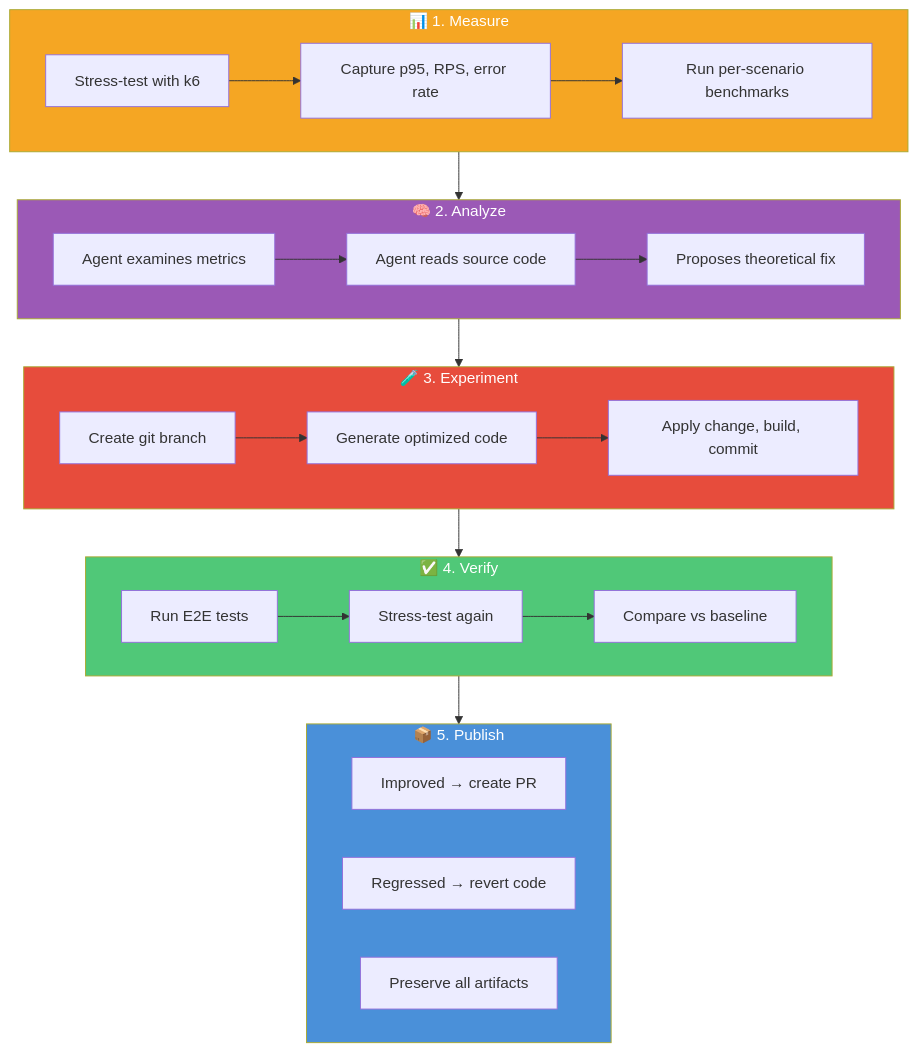
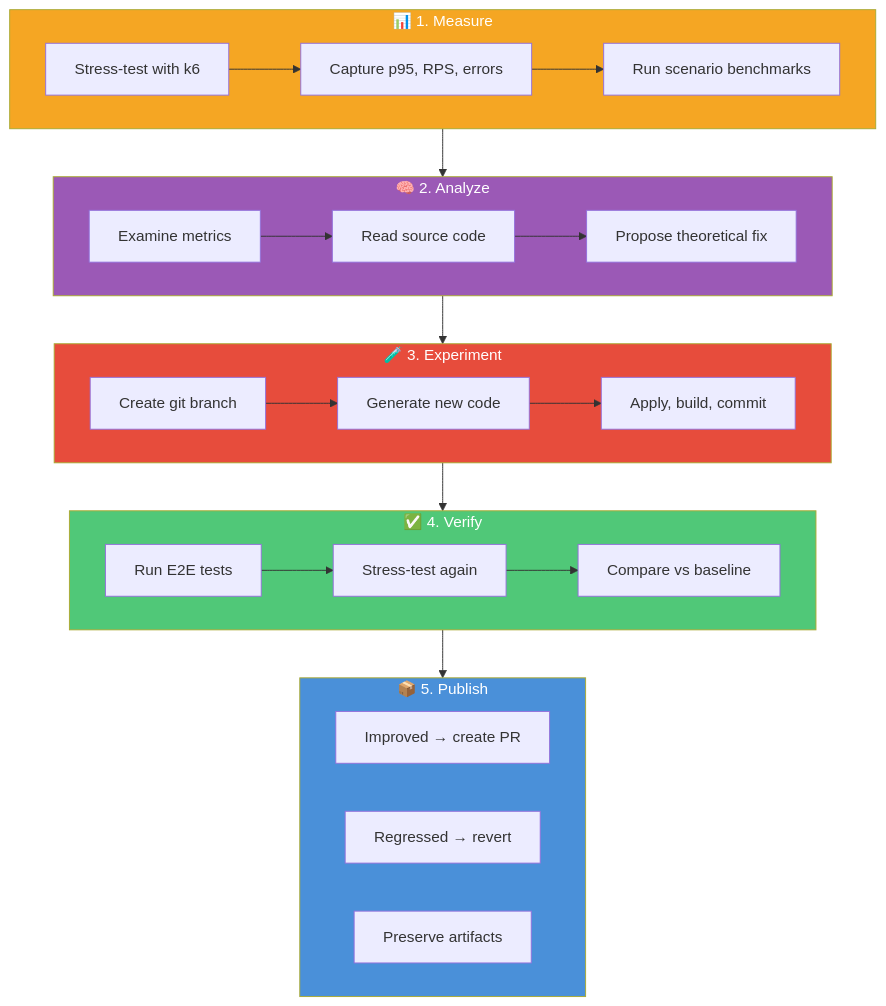
Before and after one commit to J-Bax/Hone: the first of 2 diagrams in docs/architecture.md, drawn with Mermaid.

Commit message:
docs: shorten node labels to prevent mermaid clipping

````diff
--- a/docs/architecture.md
+++ b/docs/architecture.md
@@ -25,44 +25,44 @@
 ```mermaid
 flowchart TD
     subgraph MEASURE["📊 1. Measure"]
         M1["Stress-test with k6"]
-        M2["Capture p95, RPS, error rate"]
-        M3["Run per-scenario benchmarks"]
+        M2["Capture p95, RPS, errors"]
+        M3["Run scenario benchmarks"]
         M1 --> M2 --> M3
     end
 
     subgraph ANALYZE["🧠 2. Analyze"]
-        A1["Agent examines metrics"]
-        A2["Agent reads source code"]
-        A3["Proposes theoretical fix"]
+        A1["Examine metrics"]
+        A2["Read source code"]
+        A3["Propose theoretical fix"]
         A1 --> A2 --> A3
     end
 
     subgraph EXPERIMENT["🧪 3. Experiment"]
         E1["Create git branch"]
-        E2["Generate optimized code"]
-        E3["Apply change, build, commit"]
+        E2["Generate new code"]
+        E3["Apply, build, commit"]
         E1 --> E2 --> E3
     end
 
     subgraph VERIFY["✅ 4. Verify"]
         V1["Run E2E tests"]
         V2["Stress-test again"]
         V3["Compare vs baseline"]
         V1 --> V2 --> V3
     end
 
     subgraph PUBLISH["📦 5. Publish"]
         P1["Improved → create PR"]
-        P2["Regressed → revert code"]
-        P3["Preserve all artifacts"]
+        P2["Regressed → revert"]
+        P3["Preserve artifacts"]
     end
 
     MEASURE --> ANALYZE --> EXPERIMENT --> VERIFY --> PUBLISH
 
     style MEASURE fill:#f5a623,color:#fff
     style ANALYZE fill:#9b59b6,color:#fff
     style EXPERIMENT fill:#e74c3c,color:#fff
     style VERIFY fill:#50c878,color:#fff
     style PUBLISH fill:#4a90d9,color:#fff
 ```
````
